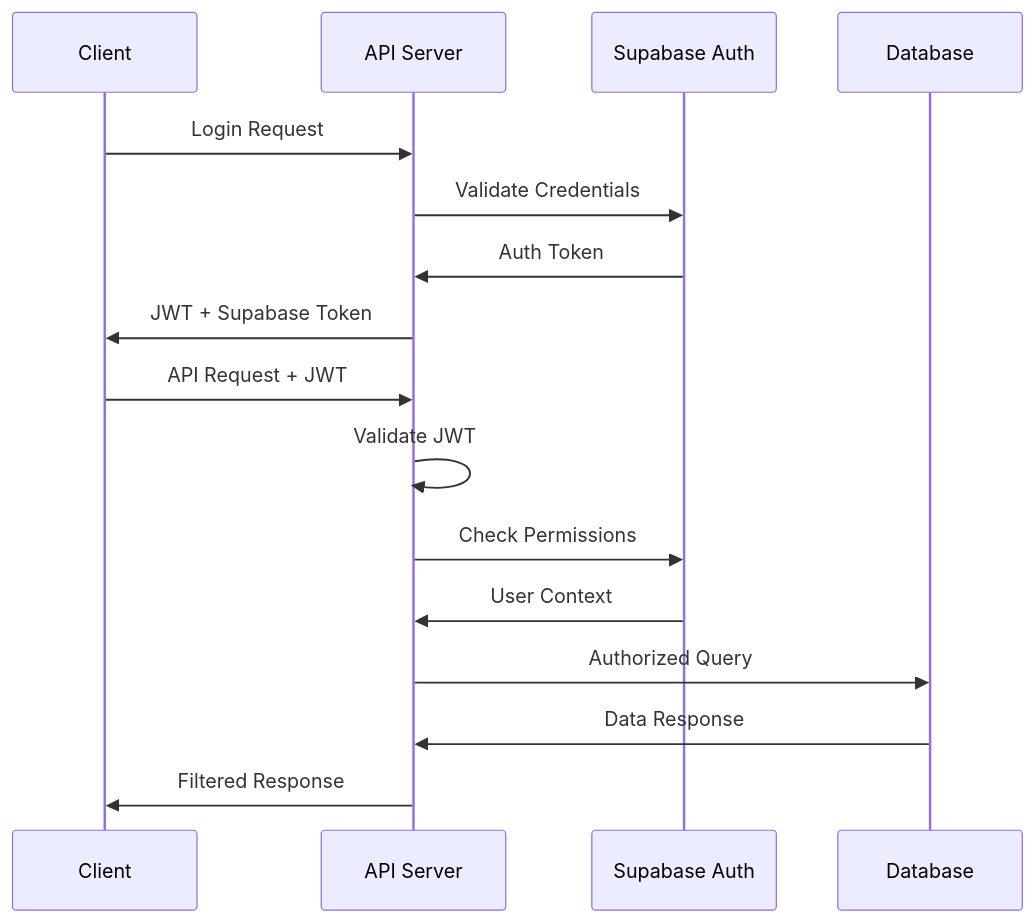
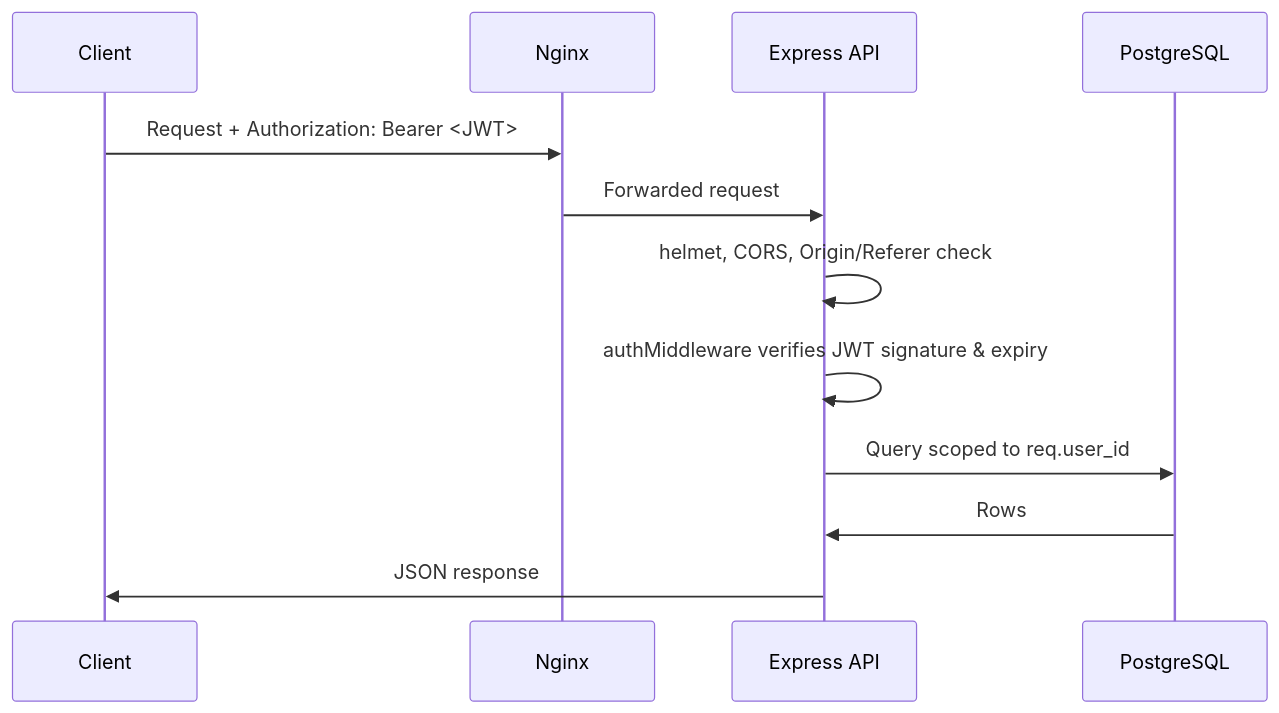
The second of 2 diagrams in docs/SYSTEM_ARCHITECTURE_V2.md (Hendrich/script-labs), drawn with Mermaid before and after one commit. The commit also changed other lines of this file and 9 other files, not shown here.

````diff
--- a/docs/SYSTEM_ARCHITECTURE_V2.md
+++ b/docs/SYSTEM_ARCHITECTURE_V2.md
@@ -142,20 +93,15 @@
 ```mermaid
 sequenceDiagram
     participant C as Client
-    participant API as API Server
-    participant SUPA as Supabase Auth
-    participant DB as Database
+    participant NGX as Nginx
+    participant API as Express API
+    participant DB as PostgreSQL
 
-    C->>API: Login Request
-    API->>SUPA: Validate Credentials
-    SUPA->>API: Auth Token
-    API->>C: JWT + Supabase Token
-
-    C->>API: API Request + JWT
-    API->>API: Validate JWT
-    API->>SUPA: Check Permissions
-    SUPA->>API: User Context
-    API->>DB: Authorized Query
-    DB->>API: Data Response
-    API->>C: Filtered Response
+    C->>NGX: Request + Authorization: Bearer <JWT>
+    NGX->>API: Forwarded request
+    API->>API: helmet, CORS, Origin/Referer check
+    API->>API: authMiddleware verifies JWT signature & expiry
+    API->>DB: Query scoped to req.user_id
+    DB->>API: Rows
+    API->>C: JSON response
 ```
````
